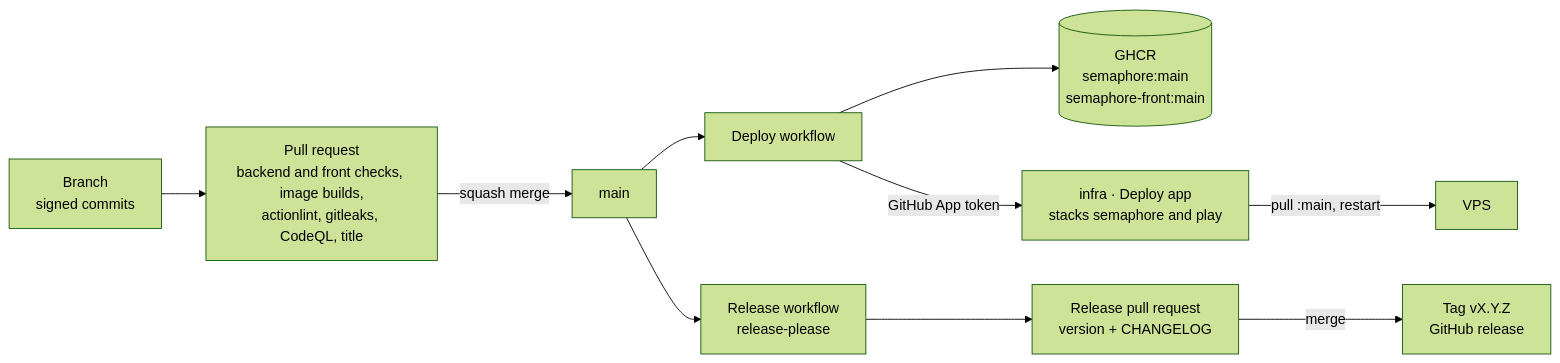
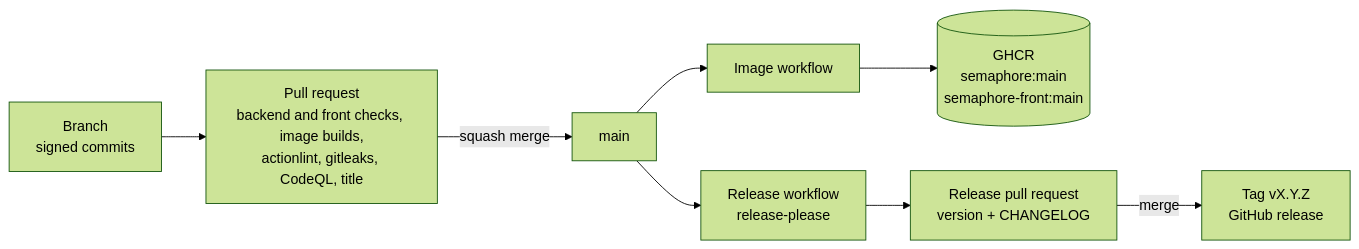
Before and after one commit to Didelo-lilian/semaphore: the second of 2 diagrams in README.md, drawn with Mermaid (forest theme). The commit also changed 2 other files, not shown here.

Commit message:
ci: push both images and leave the deploy trigger for once infra serves the game

````diff
--- a/README.md
+++ b/README.md
@@ -73,12 +73,10 @@
 ```mermaid
 flowchart LR
   dev["Branch<br/>signed commits"] --> pr["Pull request<br/>backend and front checks, image builds,<br/>actionlint, gitleaks, CodeQL, title"]
   pr -->|"squash merge"| main["main"]
-  main --> deploy["Deploy workflow"]
-  deploy --> ghcr[("GHCR<br/>semaphore:main<br/>semaphore-front:main")]
-  deploy -->|"GitHub App token"| infra["infra · Deploy app<br/>stacks semaphore and play"]
-  infra -->|"pull :main, restart"| vps["VPS"]
+  main --> image["Image workflow"]
+  image --> ghcr[("GHCR<br/>semaphore:main<br/>semaphore-front:main")]
   main --> release["Release workflow<br/>release-please"]
   release --> relpr["Release pull request<br/>version + CHANGELOG"]
   relpr -->|"merge"| tag["Tag vX.Y.Z<br/>GitHub release"]
 ```
````
